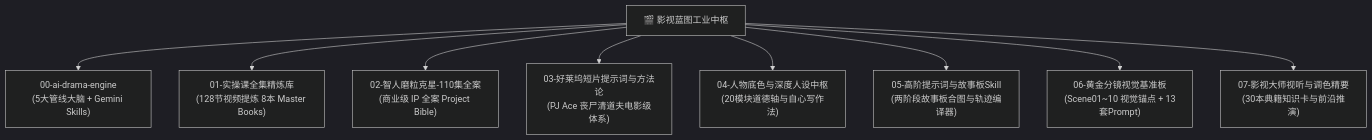
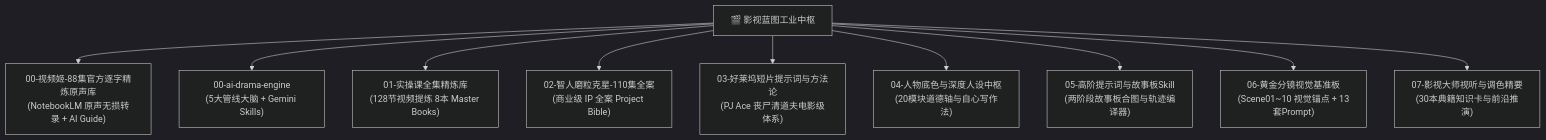
One commit to mkafw/viral-shorts-engine changed the diagram in docs/00_影视蓝图全域知识地图_MASTER_INDEX.md. Above: the diagram before and after it, drawn with Mermaid (dark theme). The commit also changed other lines of this file and 94 other files, not shown here.

Commit message:
feat(vault): ingest and index all 88 sources from 视频姬 notebook with verbatim speech transcripts

````diff
--- a/docs/00_影视蓝图全域知识地图_MASTER_INDEX.md
+++ b/docs/00_影视蓝图全域知识地图_MASTER_INDEX.md
@@ -10,11 +10,12 @@
 ```mermaid
 graph TD
-    Root["🎬 影视蓝图工业中枢"] --> M0["00-ai-drama-engine<br/>(5大管线大脑 + Gemini Skills)"]
+    Root["🎬 影视蓝图工业中枢"] --> M00["00-视频姬-88集官方逐字精炼原声库<br/>(NotebookLM 原声无损转录 + AI Guide)"]
+    Root --> M0["00-ai-drama-engine<br/>(5大管线大脑 + Gemini Skills)"]
     Root --> M1["01-实操课全集精炼库<br/>(128节视频提炼 8本 Master Books)"]
     Root --> M2["02-智人磨粒克星-110集全案<br/>(商业级 IP 全案 Project Bible)"]
     Root --> M3["03-好莱坞短片提示词与方法论<br/>(PJ Ace 丧尸清道夫电影级体系)"]
     Root --> M4["04-人物底色与深度人设中枢<br/>(20模块道德轴与自心写作法)"]
     Root --> M5["05-高阶提示词与故事板Skill<br/>(两阶段故事板合图与轨迹编译器)"]
     Root --> M6["06-黄金分镜视觉基准板<br/>(Scene01~10 视觉锚点 + 13套Prompt)"]
     Root --> M7["07-影视大师视听与调色精要<br/>(30本典籍知识卡与前沿推演)"]
 ```
````
